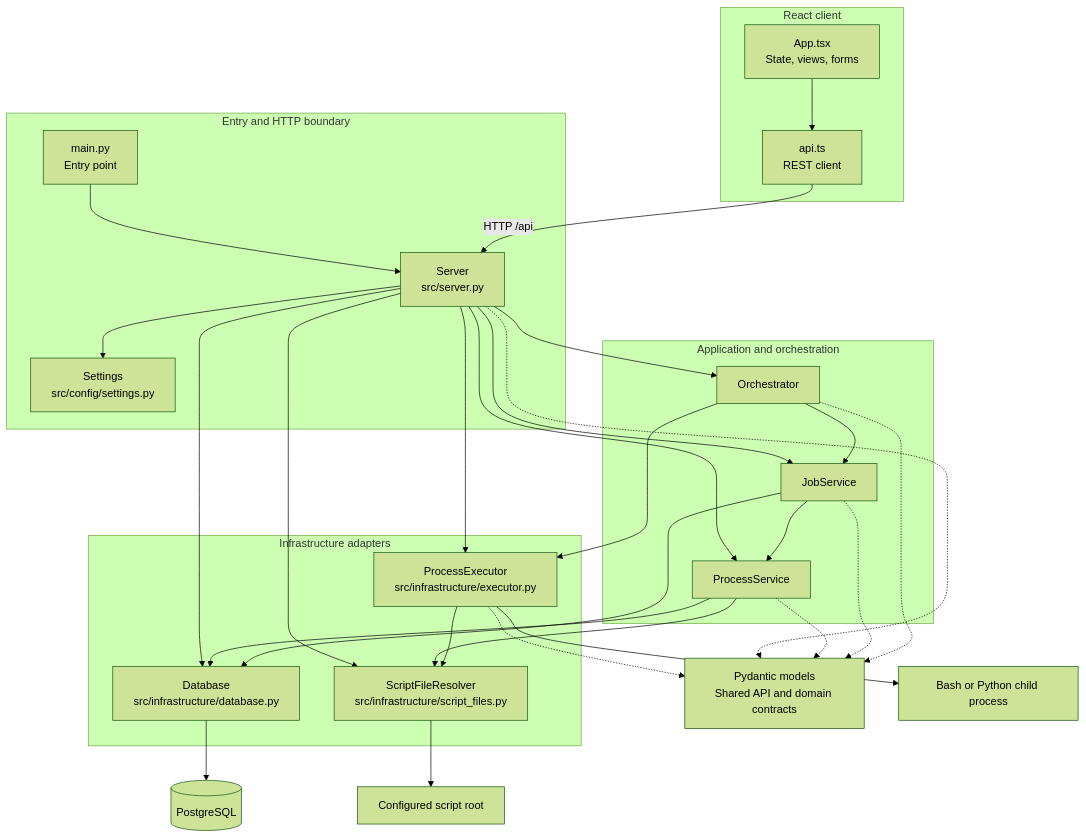
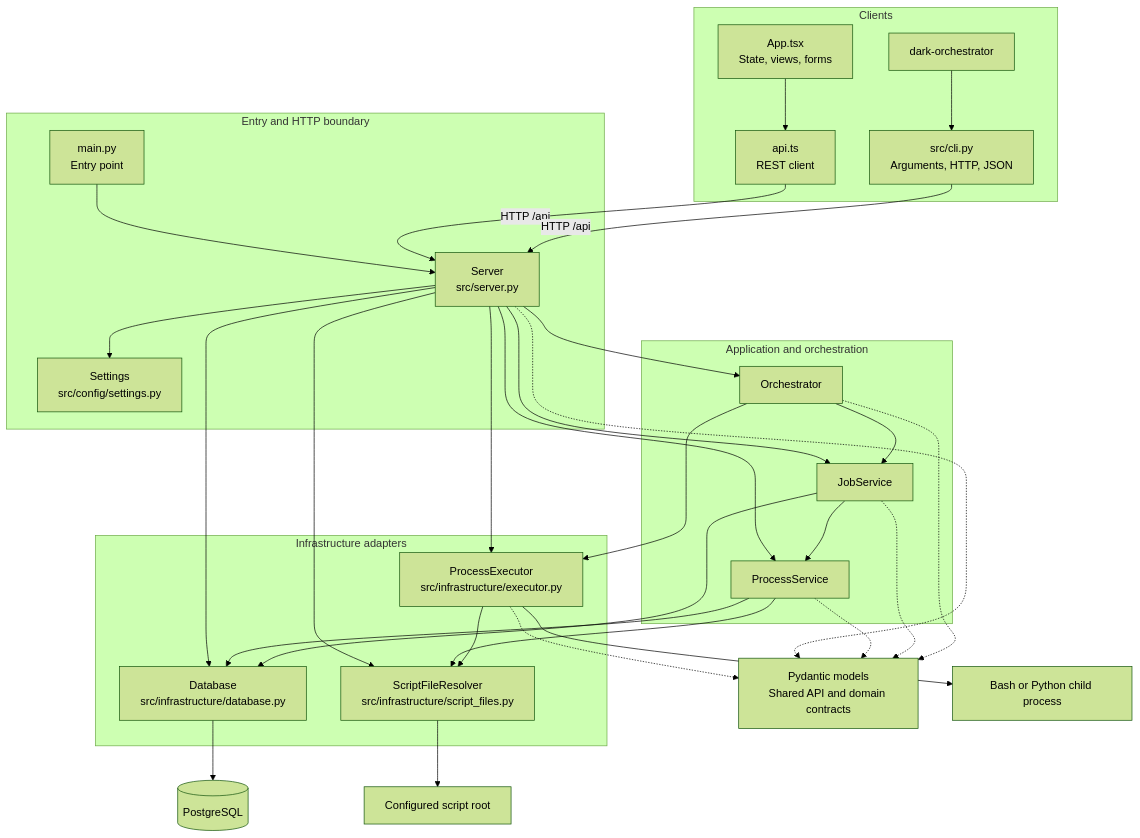
One commit to ScottRBK/Dark-Orchestrator changed the diagram in AGENTS.md. Above: the diagram before and after it, drawn with Mermaid (forest theme). The commit also changed other lines of this file and 10 other files, not shown here.

````diff
--- a/AGENTS.md
+++ b/AGENTS.md
@@ -12,51 +12,53 @@
 ```mermaid
 flowchart TB
-    subgraph frontend["React client"]
+    subgraph clients["Clients"]
         app["App.tsx<br/>State, views, forms"] --> api_client["api.ts<br/>REST client"]
+        cli_entry["dark-orchestrator"] --> cli["src/cli.py<br/>Arguments, HTTP, JSON"]
     end
 
     subgraph boundary["Entry and HTTP boundary"]
         main["main.py<br/>Entry point"] --> server["Server<br/>src/server.py"]
         settings["Settings<br/>src/config/settings.py"]
     end
 
     subgraph application["Application and orchestration"]
         process_service["ProcessService"]
         job_service["JobService"]
         orchestrator["Orchestrator"]
     end
 
     subgraph infrastructure["Infrastructure adapters"]
         database["Database<br/>src/infrastructure/database.py"]
         files["ScriptFileResolver<br/>src/infrastructure/script_files.py"]
         executor["ProcessExecutor<br/>src/infrastructure/executor.py"]
     end
 
     models["Pydantic models<br/>Shared API and domain contracts"]
 
     api_client -->|"HTTP /api"| server
+    cli -->|"HTTP /api"| server
     server --> settings
     server --> process_service
     server --> job_service
     server --> orchestrator
     server --> database
     server --> files
     server --> executor
     process_service --> database
     process_service --> files
     job_service --> database
     job_service --> process_service
     orchestrator --> job_service
     orchestrator --> executor
     executor --> files
 
     server -.-> models
     process_service -.-> models
     job_service -.-> models
     orchestrator -.-> models
     executor -.-> models
 
     database --> postgres[("PostgreSQL")]
     files --> script_root["Configured script root"]
     executor --> child["Bash or Python child process"]
 ```
````
